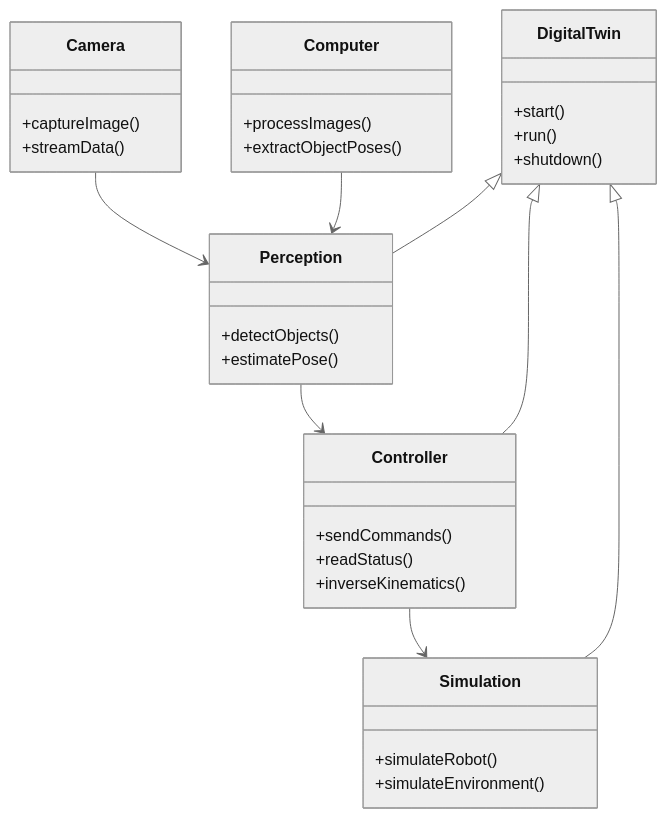
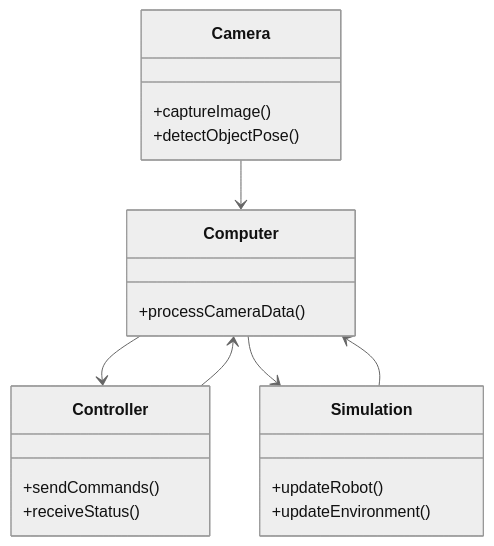
One commit to MGross21/Agnostic-Digital-Twin-Robotic-Controller changed the diagram in README.md. Above: the diagram before and after it, drawn with Mermaid (neutral theme).

Commit message:
fix: update class diagram in README.md to reflect correct relationships and methods

````diff
--- a/README.md
+++ b/README.md
@@ -24,41 +24,34 @@
 ```mermaid
 classDiagram
-    Camera --> Perception
-    Computer --> Perception
-    Perception --> Controller
-    Controller --> Simulation
+    %% UDP Topics:
+    %% Camera --> Computer: /camera/object_pose
+    %% Computer --> Controller: /controller/command (pub)
+    %% Controller --> Computer: /controller/status (pub)
+    %% Computer --> Simulation: /sim/update (pub)
+    %% Simulation --> Computer: /sim/state (pub)
 
-    DigitalTwin <|-- Perception
-    DigitalTwin <|-- Controller
-    DigitalTwin <|-- Simulation
-
-    DigitalTwin : +start()
-    DigitalTwin : +run()
-    DigitalTwin : +shutdown()
+    Camera --> Computer
+    Computer --> Controller
+    Controller --> Computer
+    Computer --> Simulation
+    Simulation --> Computer
 
     class Camera {
         +captureImage()
-        +streamData()
+        +detectObjectPose()
     }
 
     class Computer {
-        +processImages()
-        +extractObjectPoses()
-    }
-
-    class Perception {
-        +detectObjects()
-        +estimatePose()
+        +processCameraData()
     }
 
     class Controller {
         +sendCommands()
-        +readStatus()
-        +inverseKinematics()
+        +receiveStatus()
     }
 
     class Simulation {
-        +simulateRobot()
-        +simulateEnvironment()
+        +updateRobot()
+        +updateEnvironment()
     }
 ```
````
